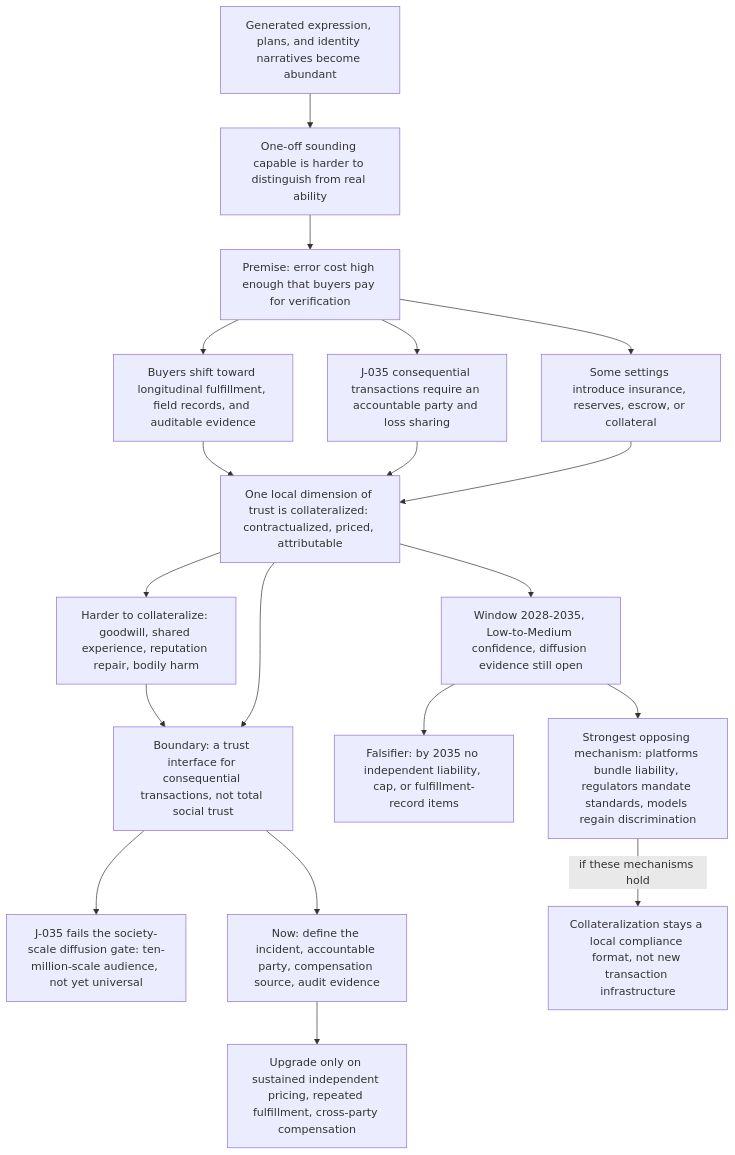
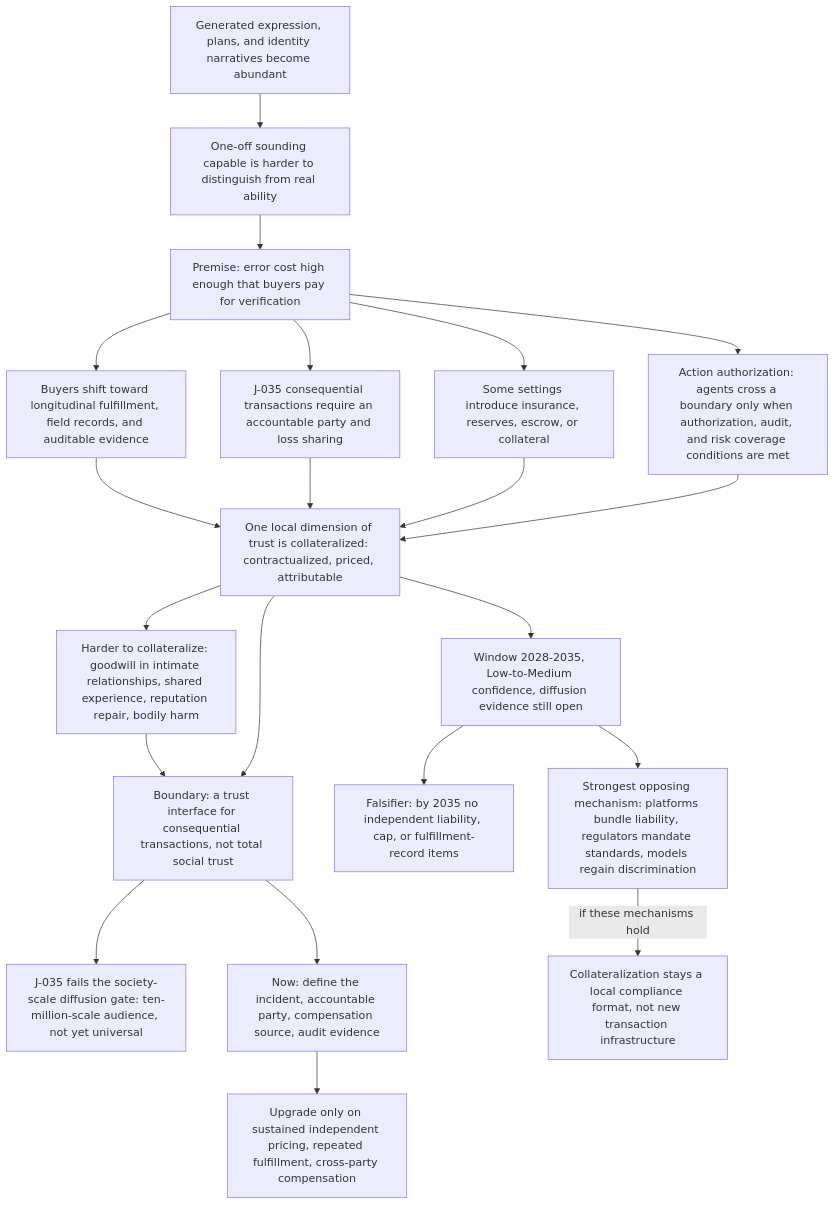
One commit to SenZhangAI/foresight-by-ai changed the diagram in docs/en/chains/100-trust-collateralization.md. Above: the diagram before and after it, drawn with Mermaid. The commit also changed 11 other files, not shown here.

````diff
--- a/docs/en/chains/100-trust-collateralization.md
+++ b/docs/en/chains/100-trust-collateralization.md
@@ -26,21 +26,23 @@
 ```mermaid
 flowchart TD
   ABUND["Generated expression, plans, and identity narratives become abundant"] --> WEAK["One-off sounding capable is harder to distinguish from real ability"]
   WEAK --> COST["Premise: error cost high enough that buyers pay for verification"]
   COST --> B1["Buyers shift toward longitudinal fulfillment, field records, and auditable evidence"]
   COST --> B2["J-035 consequential transactions require an accountable party and loss sharing"]
   COST --> B3["Some settings introduce insurance, reserves, escrow, or collateral"]
+  COST --> B4["Action authorization: agents cross a boundary only when authorization, audit, and risk coverage conditions are met"]
   B1 --> COLL["One local dimension of trust is collateralized: contractualized, priced, attributable"]
   B2 --> COLL
   B3 --> COLL
-  COLL --> NOTCOLL["Harder to collateralize: goodwill, shared experience, reputation repair, bodily harm"]
+  B4 --> COLL
+  COLL --> NOTCOLL["Harder to collateralize: goodwill in intimate relationships, shared experience, reputation repair, bodily harm"]
   COLL --> BOUND["Boundary: a trust interface for consequential transactions, not total social trust"]
   NOTCOLL --> BOUND
   BOUND --> SCOPE["J-035 fails the society-scale diffusion gate: ten-million-scale audience, not yet universal"]
   COLL --> WIN["Window 2028-2035, Low-to-Medium confidence, diffusion evidence still open"]
   WIN --> FALS["Falsifier: by 2035 no independent liability, cap, or fulfillment-record items"]
   WIN --> OPP["Strongest opposing mechanism: platforms bundle liability, regulators mandate standards, models regain discrimination"]
   OPP -->|"if these mechanisms hold"| LOCAL["Collateralization stays a local compliance format, not new transaction infrastructure"]
   BOUND --> NOW["Now: define the incident, accountable party, compensation source, audit evidence"]
   NOW --> UPG["Upgrade only on sustained independent pricing, repeated fulfillment, cross-party compensation"]
 ```
````
